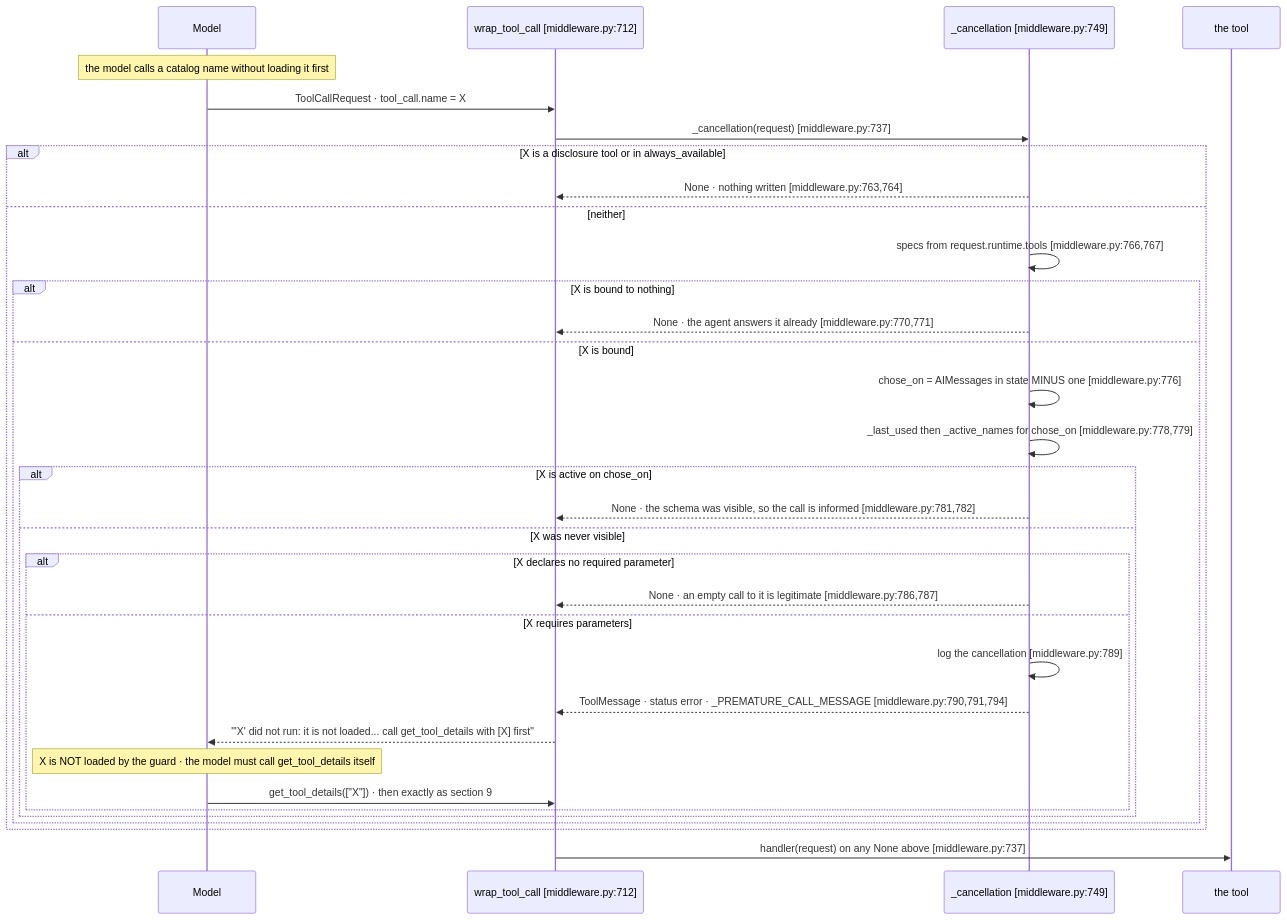
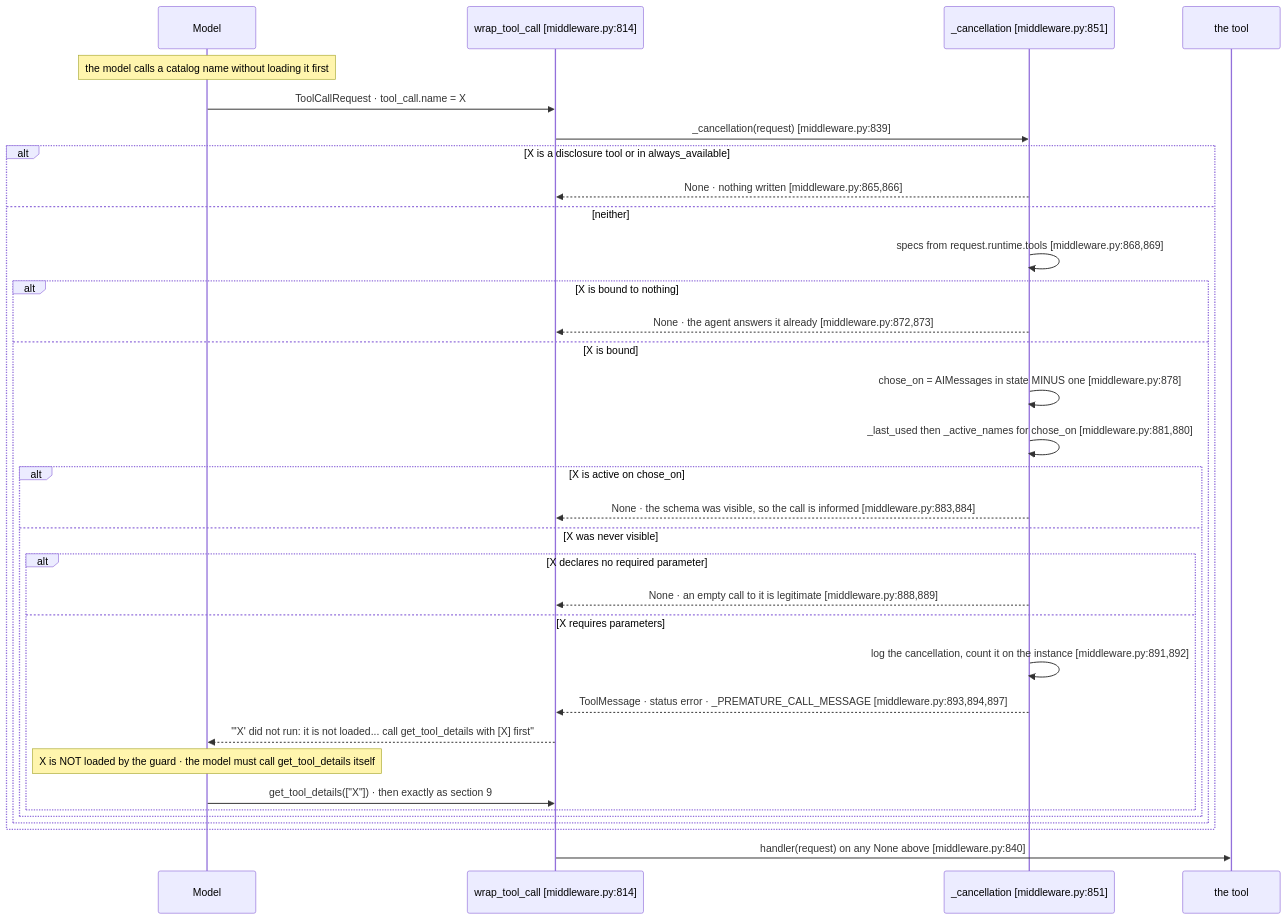
The sixth of 7 diagrams in docs/design/sequence/langgraph/sequence-b-disclosure.md (aws-samples/sample-context-engineering), drawn with Mermaid before and after one commit. The commit also changed other lines of this file and 8 other files, not shown here.

````diff
--- a/docs/design/sequence/langgraph/sequence-b-disclosure.md
+++ b/docs/design/sequence/langgraph/sequence-b-disclosure.md
@@ -597,36 +702,36 @@
 ```mermaid
 sequenceDiagram
     participant Model
-    participant WTC as wrap_tool_call [middleware.py:712]
-    participant Cancel as _cancellation [middleware.py:749]
+    participant WTC as wrap_tool_call [middleware.py:814]
+    participant Cancel as _cancellation [middleware.py:851]
     participant Handler as the tool
 
     Note over Model: the model calls a catalog name without loading it first
     Model->>WTC: ToolCallRequest · tool_call.name = X
-    WTC->>Cancel: _cancellation(request) [middleware.py:737]
+    WTC->>Cancel: _cancellation(request) [middleware.py:839]
     alt X is a disclosure tool or in always_available
-        Cancel-->>WTC: None · nothing written [middleware.py:763,764]
+        Cancel-->>WTC: None · nothing written [middleware.py:865,866]
     else neither
-        Cancel->>Cancel: specs from request.runtime.tools [middleware.py:766,767]
+        Cancel->>Cancel: specs from request.runtime.tools [middleware.py:868,869]
         alt X is bound to nothing
-            Cancel-->>WTC: None · the agent answers it already [middleware.py:770,771]
+            Cancel-->>WTC: None · the agent answers it already [middleware.py:872,873]
         else X is bound
-            Cancel->>Cancel: chose_on = AIMessages in state MINUS one [middleware.py:776]
-            Cancel->>Cancel: _last_used then _active_names for chose_on [middleware.py:778,779]
+            Cancel->>Cancel: chose_on = AIMessages in state MINUS one [middleware.py:878]
+            Cancel->>Cancel: _last_used then _active_names for chose_on [middleware.py:881,880]
             alt X is active on chose_on
-                Cancel-->>WTC: None · the schema was visible, so the call is informed [middleware.py:781,782]
+                Cancel-->>WTC: None · the schema was visible, so the call is informed [middleware.py:883,884]
             else X was never visible
                 alt X declares no required parameter
-                    Cancel-->>WTC: None · an empty call to it is legitimate [middleware.py:786,787]
+                    Cancel-->>WTC: None · an empty call to it is legitimate [middleware.py:888,889]
                 else X requires parameters
-                    Cancel->>Cancel: log the cancellation [middleware.py:789]
-                    Cancel-->>WTC: ToolMessage · status error · _PREMATURE_CALL_MESSAGE [middleware.py:790,791,794]
+                    Cancel->>Cancel: log the cancellation, count it on the instance [middleware.py:891,892]
+                    Cancel-->>WTC: ToolMessage · status error · _PREMATURE_CALL_MESSAGE [middleware.py:893,894,897]
                     WTC-->>Model: "'X' did not run: it is not loaded... call get_tool_details with [X] first"
                     Note over Model: X is NOT loaded by the guard · the model must call get_tool_details itself
                     Model->>WTC: get_tool_details(["X"]) · then exactly as section 9
                 end
             end
         end
     end
-    WTC->>Handler: handler(request) on any None above [middleware.py:737]
+    WTC->>Handler: handler(request) on any None above [middleware.py:840]
 ```
````
